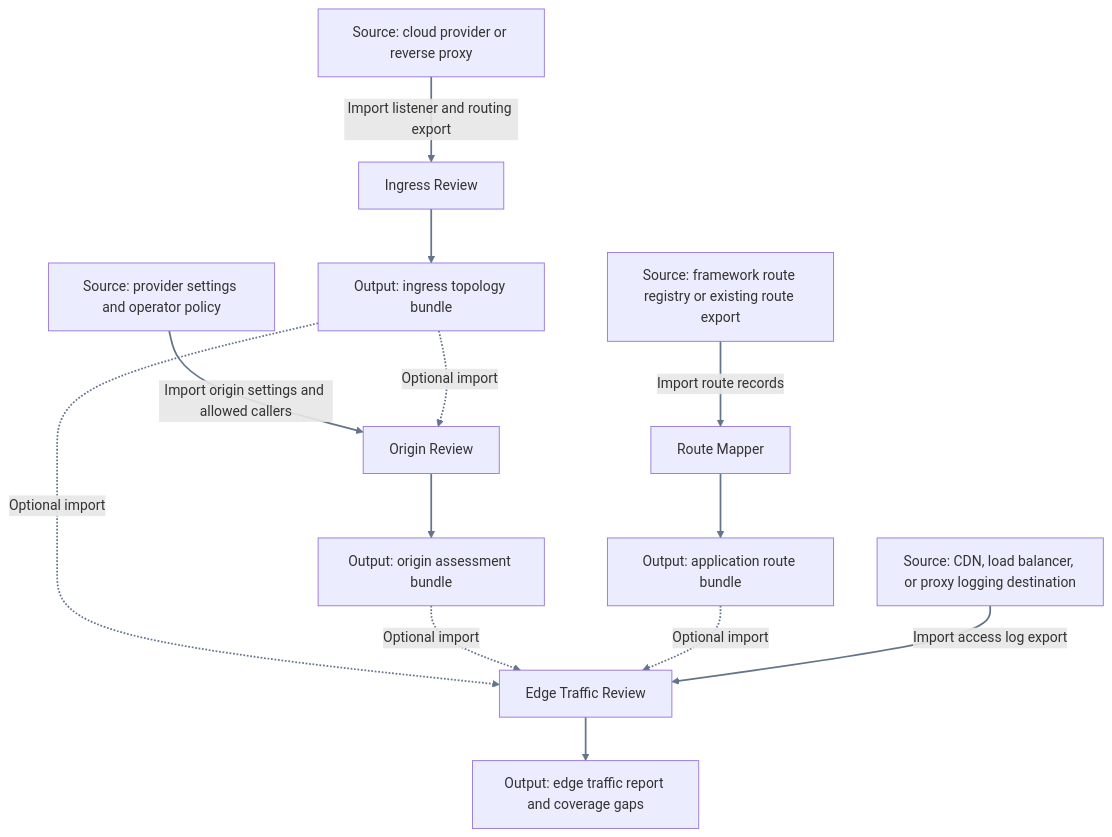
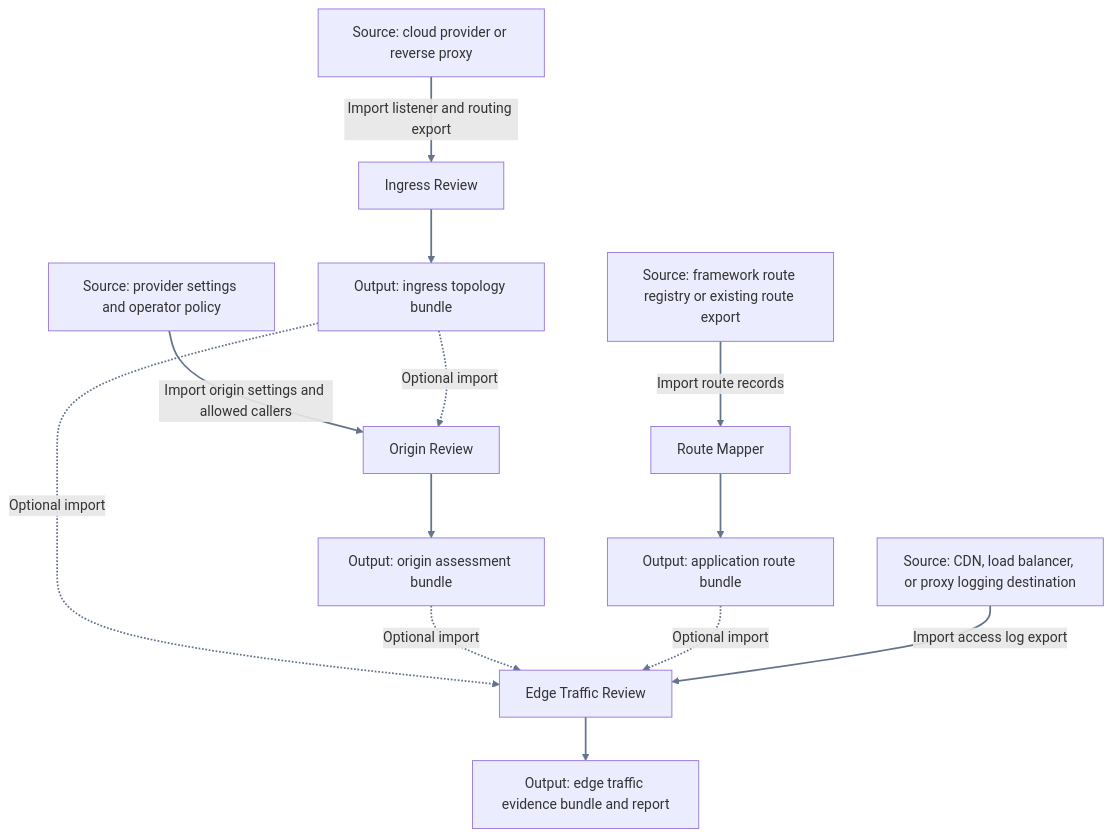
Before and after one commit to phil-markarian/pensys: the diagram in research/_references/diagrams/06-tool-boundaries-and-evidence/01-overview.mmd, drawn with Mermaid. The commit also changed 10 other files, not shown here.

```diff
--- a/research/_references/diagrams/06-tool-boundaries-and-evidence/01-overview.mmd
+++ b/research/_references/diagrams/06-tool-boundaries-and-evidence/01-overview.mmd
@@ -1,14 +1,14 @@
 flowchart TB
     config["Source: cloud provider or reverse proxy"] -->|Import listener and routing export| ingress["Ingress Review"]
     settings["Source: provider settings and operator policy"] -->|Import origin settings and allowed callers| origin["Origin Review"]
     app["Source: framework route registry or existing route export"] -->|Import route records| routes["Route Mapper"]
     ingress --> topology["Output: ingress topology bundle"]
     origin --> controls["Output: origin assessment bundle"]
     routes --> inventory["Output: application route bundle"]
     topology -. Optional import .-> origin
     topology -. Optional import .-> exposure["Edge Traffic Review"]
     controls -. Optional import .-> exposure
     inventory -. Optional import .-> exposure
     edge["Source: CDN, load balancer, or proxy logging destination"] -->|Import access log export| exposure
-    exposure --> report["Output: edge traffic report and coverage gaps"]
+    exposure --> report["Output: edge traffic evidence bundle and report"]
     linkStyle default stroke:#64748b,stroke-width:2px
```
